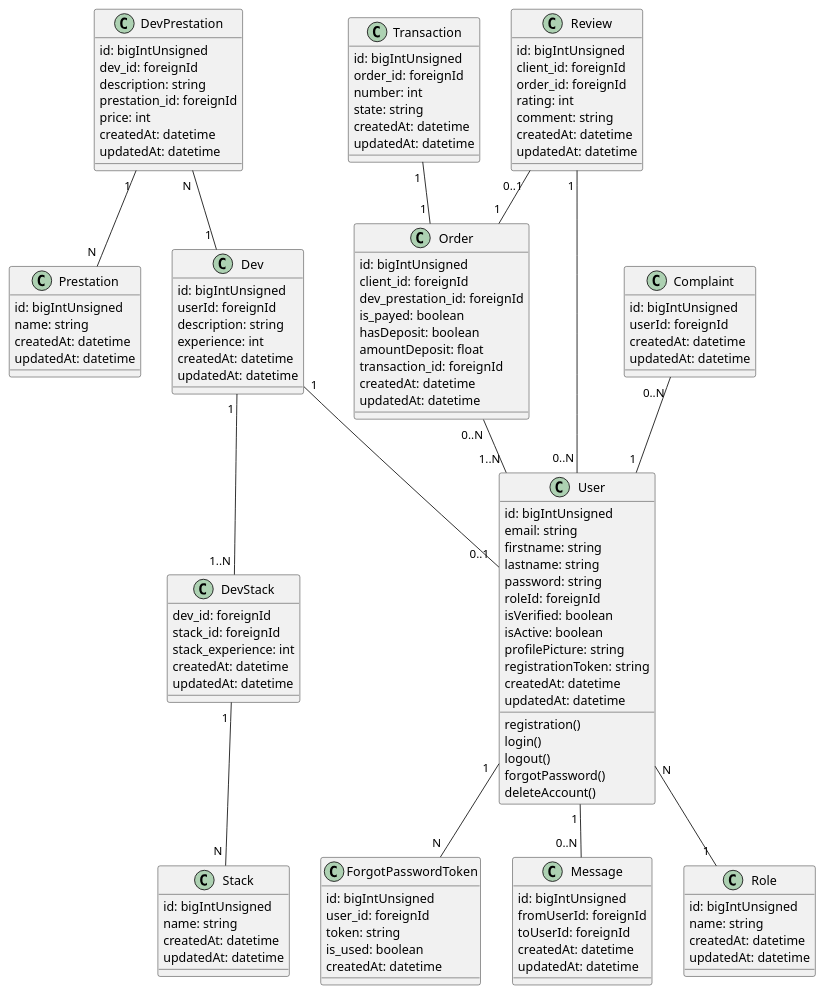
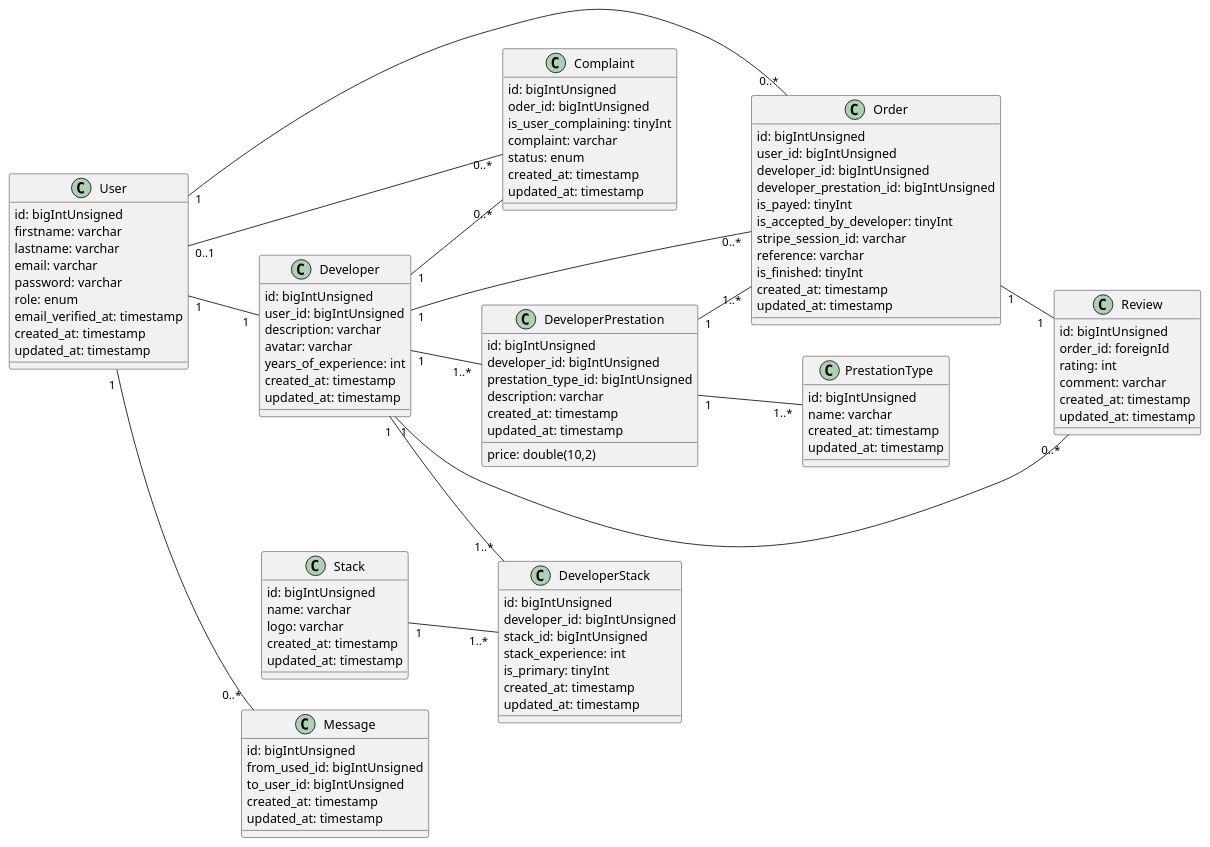
The diagram in docs/diagrams/classDiagrams/class_diagram.puml (Loic-Jhs/deverr-back), drawn with PlantUML before and after one commit.

Commit message:
edited class diagram

```diff
--- a/docs/diagrams/classDiagrams/class_diagram.puml
+++ b/docs/diagrams/classDiagrams/class_diagram.puml
@@ -1,141 +1,123 @@
 @startuml Class
+'change direction to not overlap with other classes
+left to right direction
+
 
 class User {
   id: bigIntUnsigned
-  email: string
-  firstname: string
-  lastname: string
-  password: string
-  roleId: foreignId
-  isVerified: boolean
-  isActive: boolean
-  profilePicture: string
-  registrationToken: string
-  createdAt: datetime
-  updatedAt: datetime
-
-  registration()
-  login()
-  logout()
-  forgotPassword()
-  deleteAccount()
+  firstname: varchar
+  lastname: varchar
+  email: varchar
+  password: varchar
+  role: enum
+  email_verified_at: timestamp
+  created_at: timestamp
+  updated_at: timestamp
 }
 
-class Dev {
+class Developer {
   id: bigIntUnsigned
-  userId: foreignId
-  description: string
-  experience: int
-  createdAt: datetime
-  updatedAt: datetime
+  user_id: bigIntUnsigned
+  description: varchar
+  avatar: varchar
+  years_of_experience: int
+  created_at: timestamp
+  updated_at: timestamp
 }
 
-class Role {
+class PrestationType {
   id: bigIntUnsigned
-  name: string
-  createdAt: datetime
-  updatedAt: datetime
+  name: varchar
+  created_at: timestamp
+  updated_at: timestamp
 }
 
-class Prestation {
+class DeveloperPrestation {
   id: bigIntUnsigned
-  name: string
-  createdAt: datetime
-  updatedAt: datetime
+  developer_id: bigIntUnsigned
+  prestation_type_id: bigIntUnsigned
+  description: varchar
+  price: double(10,2)
+  created_at: timestamp
+  updated_at: timestamp
 }
 
-class DevPrestation {
+class DeveloperStack {
   id: bigIntUnsigned
-  dev_id: foreignId
-  description: string
-  prestation_id: foreignId
-  price: int
-  createdAt: datetime
-  updatedAt: datetime
-}
-
-class DevStack {
-  dev_id: foreignId
-  stack_id: foreignId
+  developer_id: bigIntUnsigned
+  stack_id: bigIntUnsigned
   stack_experience: int
-  createdAt: datetime
-  updatedAt: datetime
+  is_primary: tinyInt
+  created_at: timestamp
+  updated_at: timestamp
 }
 
 class Stack {
   id: bigIntUnsigned
-  name: string
-  createdAt: datetime
-  updatedAt: datetime
-}
-
-class ForgotPasswordToken {
-  id: bigIntUnsigned
-  user_id: foreignId
-  token: string
-  is_used: boolean
-  createdAt: datetime
+  name: varchar
+  logo: varchar
+  created_at: timestamp
+  updated_at: timestamp
 }
 
 class Order {
   id: bigIntUnsigned
-  client_id: foreignId
-  dev_prestation_id: foreignId
-  is_payed: boolean
-  hasDeposit: boolean
-  amountDeposit: float
-  transaction_id: foreignId
-  createdAt: datetime
-  updatedAt: datetime
-}
-
-class Transaction {
-  id: bigIntUnsigned
-  order_id: foreignId
-  number: int
-  state: string
-  createdAt: datetime
-  updatedAt: datetime
-
+  user_id: bigIntUnsigned
+  developer_id: bigIntUnsigned
+  developer_prestation_id: bigIntUnsigned
+  is_payed: tinyInt
+  is_accepted_by_developer: tinyInt
+  stripe_session_id: varchar
+  reference: varchar
+  is_finished: tinyInt
+  created_at: timestamp
+  updated_at: timestamp
 }
 
 class Review {
   id: bigIntUnsigned
-  client_id: foreignId
   order_id: foreignId
   rating: int
-  comment: string
-  createdAt: datetime
-  updatedAt: datetime
+  comment: varchar
+  created_at: timestamp
+  updated_at: timestamp
 }
 
 class Message {
   id: bigIntUnsigned
-  fromUserId: foreignId
-  toUserId: foreignId
-  createdAt: datetime
-  updatedAt: datetime
+  from_used_id: bigIntUnsigned
+  to_user_id: bigIntUnsigned
+  created_at: timestamp
+  updated_at: timestamp
 }
 
 class Complaint {
-    id: bigIntUnsigned
-    userId: foreignId
-    createdAt: datetime
-    updatedAt: datetime
+  id: bigIntUnsigned
+  oder_id: bigIntUnsigned
+  is_user_complaining: tinyInt
+  complaint: varchar
+  status: enum
+  created_at: timestamp
+  updated_at: timestamp
 }
 
-User "N " -- "1 " Role
-User "1 " -- "N " ForgotPasswordToken
-Order "0..N " -- "1..N " User
-Transaction "1 " -- "1 " Order
-Dev "1 " -- "0..1 " User
-Dev "1 " -- "1..N " DevStack
-DevStack "1 " -- "N " Stack
-Review "1 " -- "0..N " User
-Review "0..1 " -- "1 " Order
-DevPrestation "1 " -- "N " Prestation
-DevPrestation "N " -- "1 " Dev
-User "1 " -- "0..N " Message
-Complaint "0..N " -- "1 " User
+User "0..1 " -- "0..* " Complaint
+User "1 " -- "0..* "Message
+User "1 " -- "0..* " Order
+User "1 " -- "1 " Developer
+
+Developer "1 " -- "1..* "DeveloperStack
+Developer "1 " -- "0..* " Order
+Developer "1 "-- "0..* " Review
+Developer "1 " -- "1..* " DeveloperPrestation
+Developer "1 " -- "0..* " Complaint
+
+DeveloperPrestation "1 " -- "1..* " PrestationType
+DeveloperPrestation "1 " -- "1..* " Order
+
+Stack "1 "-- "1..* " DeveloperStack
+
+Order "1 " -- "1 " Review
+
 
 @enduml
```
